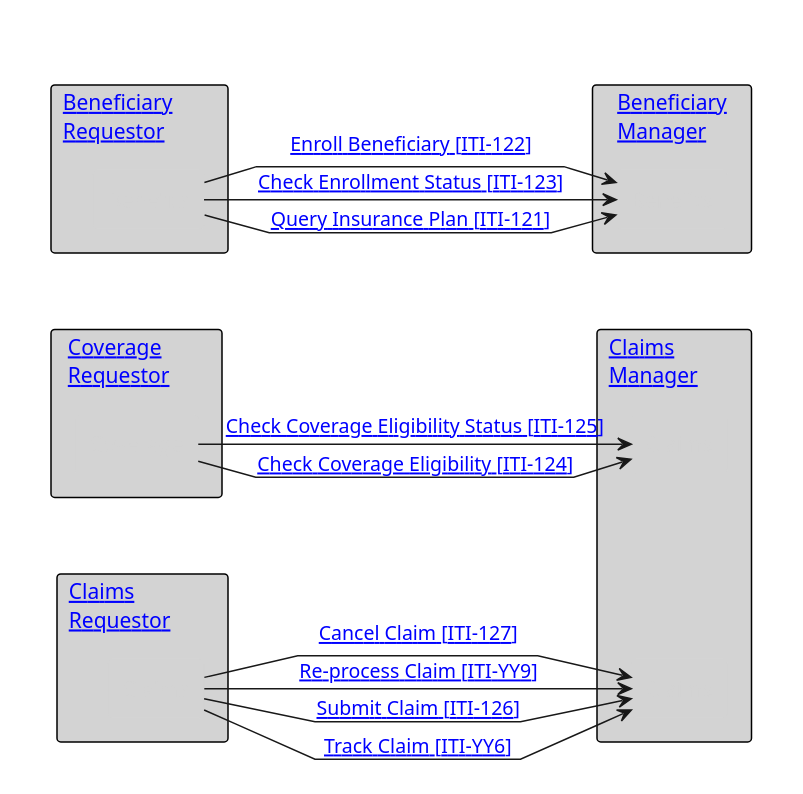
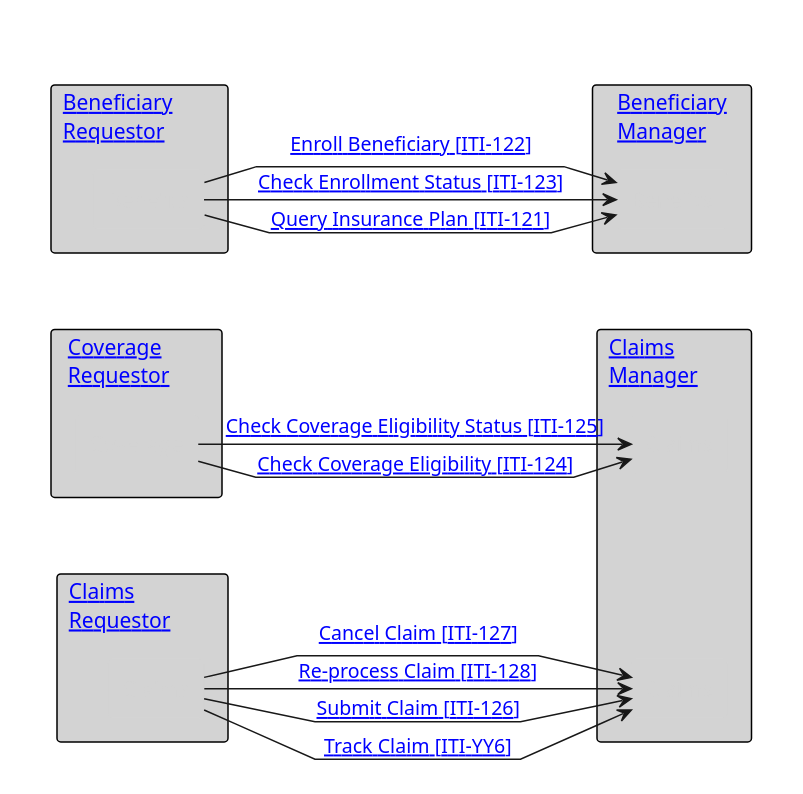
One commit to IHE/ITI.Finance changed the diagram in input/images-source/ActorsAndTransactions.plantuml. Above: the diagram before and after it, drawn with PlantUML. The commit also changed 14 other files, not shown here.

```diff
--- a/input/images-source/ActorsAndTransactions.plantuml
+++ b/input/images-source/ActorsAndTransactions.plantuml
@@ -1,59 +1,59 @@
 @startuml
 skinparam package {
   BorderColor transparent
   BackgroundColor transparent
   Shadowing false
 }
 skinparam rectangle {
   BorderColor black
   BackgroundColor lightgrey
   Shadowing false
   FontStyle normal
 }
 skinparam agent {
   BorderColor lightgrey
   BackgroundColor lightgrey
   FontColor lightgrey
   Shadowing false
 }
 
 hide footbox
 'skinparam svgDimensionStyle false
 skinparam linetype polyline
 package "  "  {
   rectangle "[[#beneficiary-requestor Beneficiary        \nRequestor]]" as br {
     agent "Benefits" as BenReq
   }
   rectangle "[[#coverage-requestor Coverage        \nRequestor]]" as cr {
     agent "Coverage" as CovReq
   }
   rectangle "[[#claims-requestor Claims               \nRequestor]]" as cl {
     agent "Claims" as ClaimReq
   }
 }
 
 package " "  {
   rectangle "[[#beneficiary-manager Beneficiary\nManager]]" as Ben {
     agent "Benefits" as BenMan
   }
   rectangle "[[#claims-manager Claims            \nManager]]" as ClaimMan {
     agent "Claims" as ClaimMan1
     agent "Claims" as ClaimMan2
   }
 }
 BenReq -> BenMan : "[[ITI-121.html Query Insurance Plan &#91;ITI-121&#93;]]"
 BenReq -> BenMan : "[[ITI-122.html Enroll Beneficiary &#91;ITI-122&#93;]]"
 BenReq -> BenMan : "[[ITI-123.html Check Enrollment Status &#91;ITI-123&#93;]]"
 BenReq -[hidden]-> CovReq: ""
 CovReq -[hidden]-> ClaimReq: ""
 BenMan -[hidden]-> ClaimMan1: ""
 ClaimMan1 -[hidden]-> ClaimMan2: ""
 CovReq -> ClaimMan1 : "[[ITI-124.html Check Coverage Eligibility &#91;ITI-124&#93;]]"
 CovReq -> ClaimMan1 : "[[ITI-125.html Check Coverage Eligibility Status &#91;ITI-125&#93;]]"
 ClaimReq -> ClaimMan2 : "[[ITI-126.html Submit Claim &#91;ITI-126&#93;]]"
 ClaimReq -> ClaimMan2 : "[[ITI-127.html Cancel Claim &#91;ITI-127&#93;]]"
-ClaimReq -> ClaimMan2 : "[[ITI-YY9.html Re-process Claim &#91;ITI-YY9&#93;]]"
+ClaimReq -> ClaimMan2 : "[[ITI-128.html Re-process Claim &#91;ITI-128&#93;]]"
 ClaimReq -> ClaimMan2 : "[[ITI-YY6.html Track Claim &#91;ITI-YY6&#93;]]"
 
 
 @endum
```
